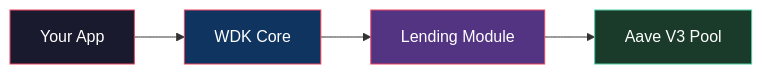
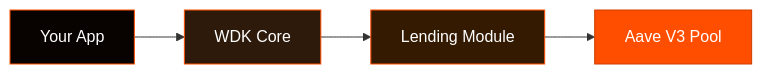
Before and after one commit to gatteo/wdk-docs: the diagram in sdk/lending-modules/README.md, drawn with Mermaid. The commit also changed 21 other files, not shown here.

Commit message:
docs: update all mermaid diagrams to WDK branding colors (#FF4E00 orange, #080201 dark)

````diff
--- a/sdk/lending-modules/README.md
+++ b/sdk/lending-modules/README.md
@@ -23,9 +23,9 @@
 ```mermaid
 flowchart LR
     App["Your App"] --> WDK["WDK Core"] --> Lending["Lending Module"] --> Pool["Aave V3 Pool"]
 
-    style App fill:#1a1a2e,stroke:#e94560,color:#fff
-    style WDK fill:#0f3460,stroke:#e94560,color:#fff
-    style Lending fill:#533483,stroke:#e94560,color:#fff
-    style Pool fill:#1a3a2a,stroke:#4ecca3,color:#fff
+    style App fill:#080201,stroke:#FF4E00,color:#fff
+    style WDK fill:#2d1a0a,stroke:#FF4E00,color:#fff
+    style Lending fill:#331a00,stroke:#FF4E00,color:#fff
+    style Pool fill:#FF4E00,stroke:#cc3e00,color:#fff
 ```
````
